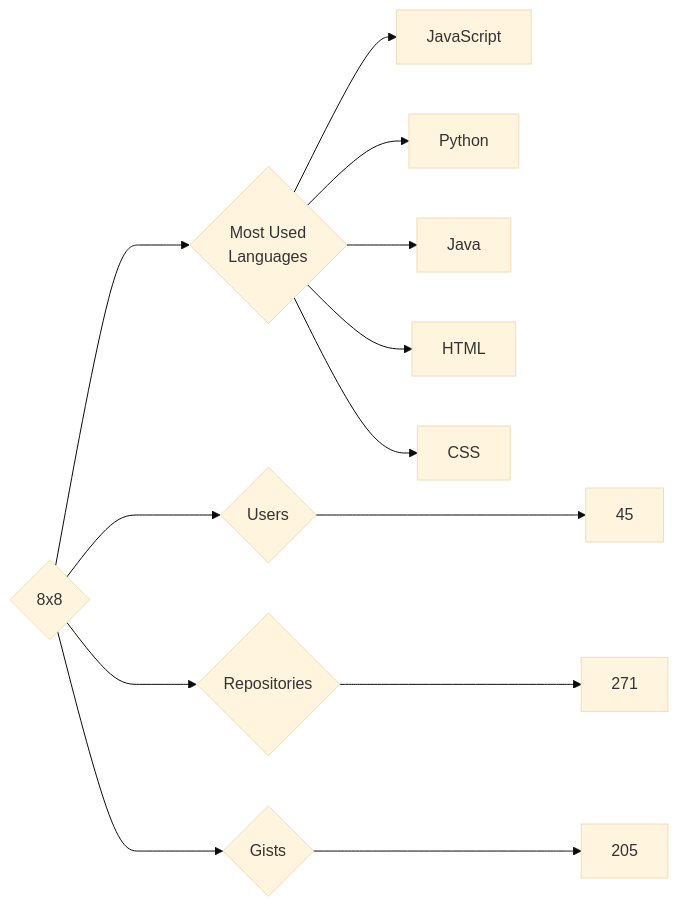
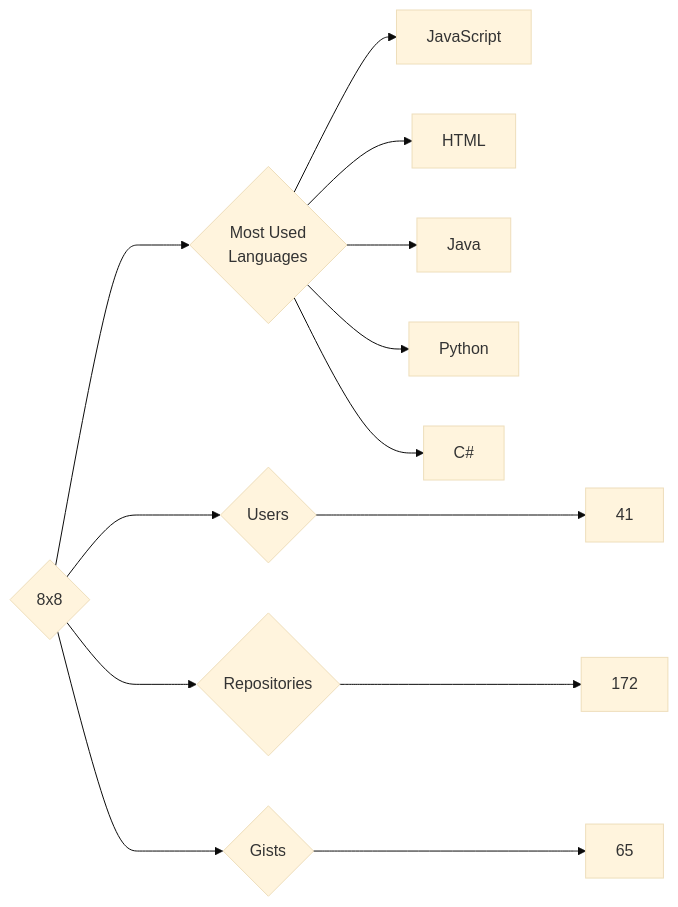
Before and after one commit to trickest/insiders: the diagram in targets/8x8/README.md, drawn with Mermaid (base theme). The commit also changed 693 other files, not shown here.

````diff
--- a/targets/8x8/README.md
+++ b/targets/8x8/README.md
@@ -3,13 +3,13 @@
 ```mermaid
 graph LR
 COMPANY_NAME{8x8}
-COMPANY_NAME ---> U{Users} ---> UN[45]
-COMPANY_NAME ---> R{Repositories} ---> RN[271]
-COMPANY_NAME ---> G{Gists} ---> GN[205]
+COMPANY_NAME ---> U{Users} ---> UN[41]
+COMPANY_NAME ---> R{Repositories} ---> RN[172]
+COMPANY_NAME ---> G{Gists} ---> GN[65]
 COMPANY_NAME ---> ML{Most Used<br>Languages}
 ML --> JavaScript[JavaScript]
+ML --> HTML[HTML]
+ML --> Java[Java]
 ML --> Python[Python]
-ML --> Java[Java]
-ML --> HTML[HTML]
-ML --> CSS[CSS]
+ML --> C#[C#]
 ```
````
